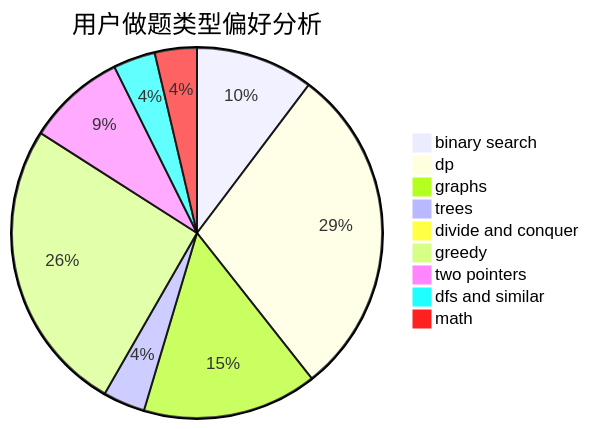
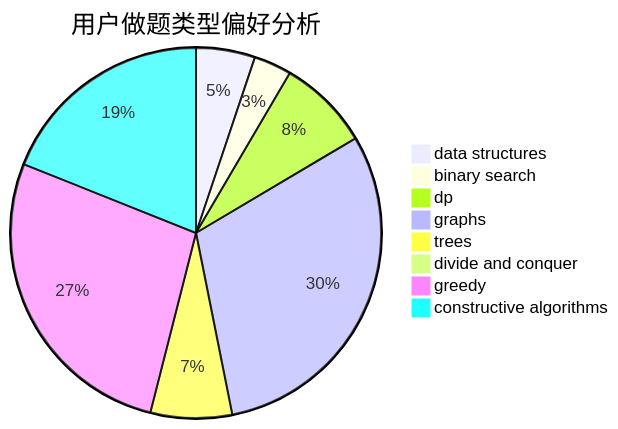
Before and after one commit to sherpahu/cfrs.github.io: the second of 3 diagrams in docs/user/u212.md, drawn with Mermaid. The commit also changed other lines of this file and 2775 other files, not shown here.

````diff
--- a/docs/user/u212.md
+++ b/docs/user/u212.md
@@ -23,12 +23,11 @@
 ```mermaid
 pie title 用户做题类型偏好分析
-    "binary search" :  238
-    "dp" :  673
-    "graphs" :  353
-    "trees" :  85
-    "divide and conquer" :  4
-    "greedy" :  596
-    "two pointers" :  199
-    "dfs and similar" :  85
-    "math" :  85
+    "data structures" :  50
+    "binary search" :  32
+    "dp" :  78
+    "graphs" :  295
+    "trees" :  69
+    "divide and conquer" :  0
+    "greedy" :  263
+    "constructive algorithms" :  184
 ```
````
